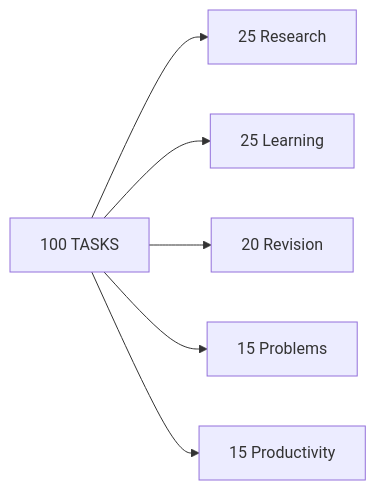
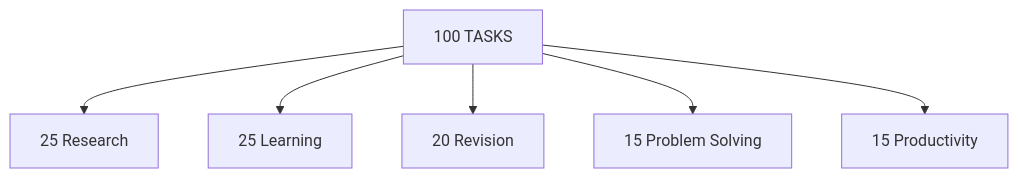
Before and after one commit to mahik2007/hackathon: the eighth of 17 diagrams in README.md, drawn with Mermaid. The commit also changed other lines of this file, not shown here.

First line of the commit message:
Revise README structure and enhance diagrams

````diff
--- a/README.md
+++ b/README.md
@@ -136,9 +194,9 @@
 ```mermaid
-flowchart LR
-Q[100 TASKS]
-Q --> R[25 Research]
-Q --> L[25 Learning]
-Q --> V[20 Revision]
-Q --> P[15 Problems]
-Q --> W[15 Productivity]
+flowchart TB
+    Q[100 TASKS]
+    Q --> R[25 Research]
+    Q --> L[25 Learning]
+    Q --> V[20 Revision]
+    Q --> P[15 Problem Solving]
+    Q --> W[15 Productivity]
 ```
````
